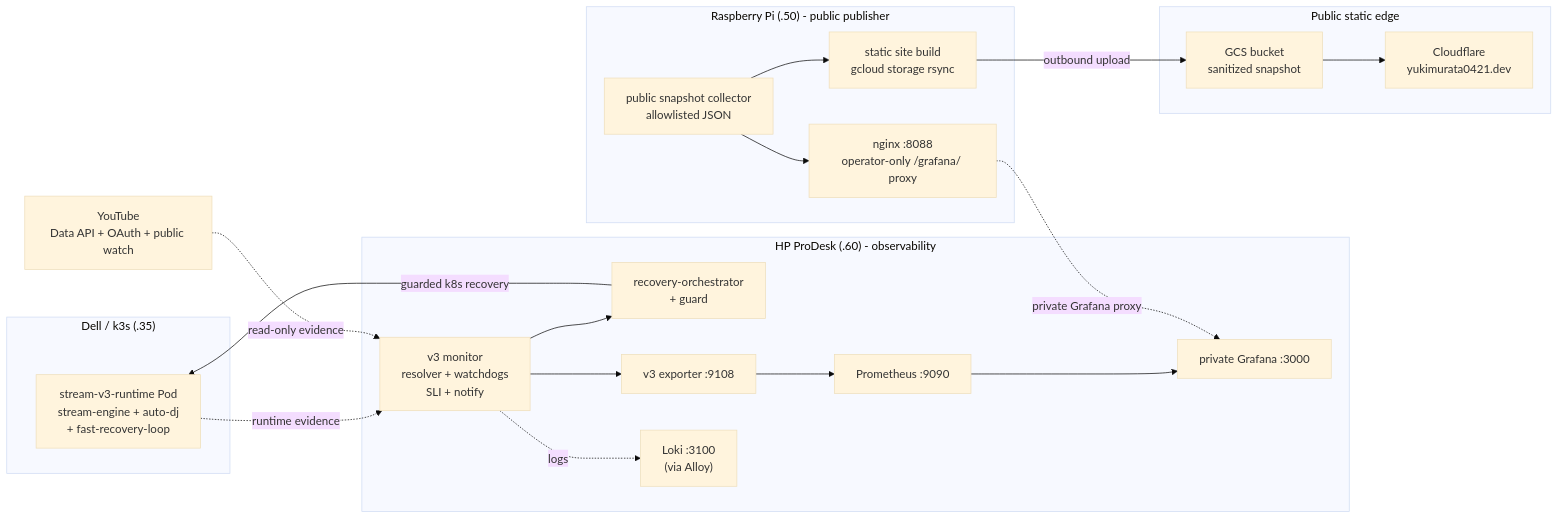
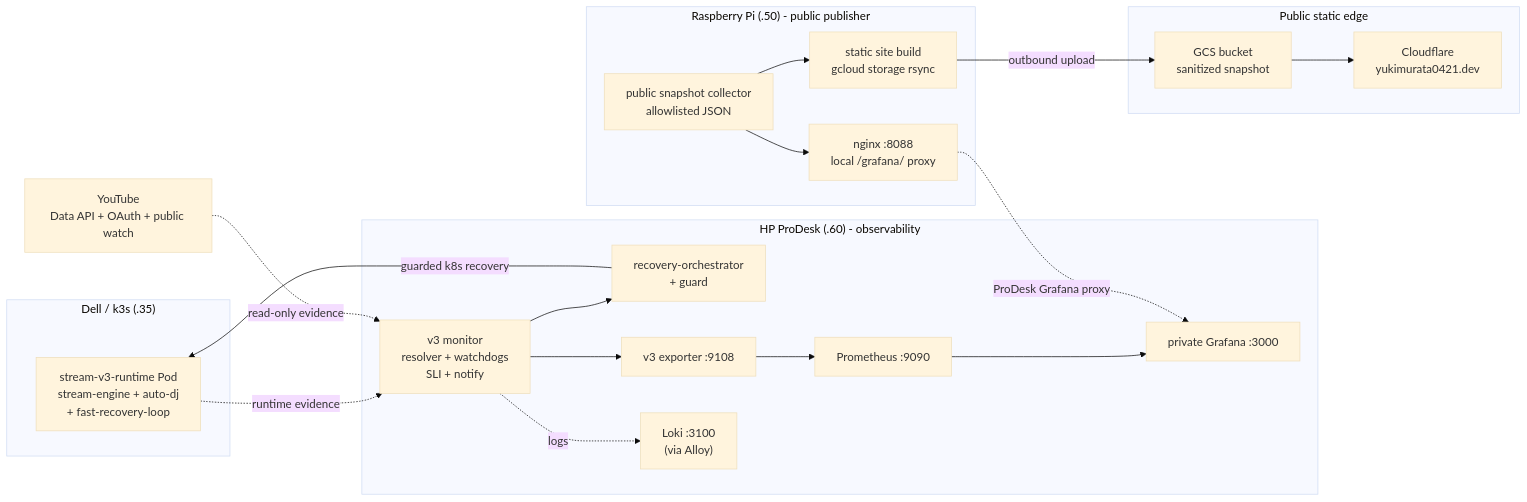
The second of 2 diagrams in README.md (yukimurata0421/live-stream-systems-case-study), drawn with Mermaid (base theme) before and after one commit. The commit also changed other lines of this file and 8 other files, not shown here.

````diff
--- a/README.md
+++ b/README.md
@@ -100,39 +100,39 @@
 ```mermaid
 flowchart LR
     subgraph DELL["Dell / k3s (.35)"]
         RUN["stream-v3-runtime Pod<br/>stream-engine + auto-dj<br/>+ fast-recovery-loop"]
     end
 
     subgraph PD["HP ProDesk (.60) - observability"]
         MON["v3 monitor<br/>resolver + watchdogs<br/>SLI + notify"]
         ORCH["recovery-orchestrator<br/>+ guard"]
         EXP["v3 exporter :9108"]
         PROM["Prometheus :9090"]
         LOKI["Loki :3100<br/>(via Alloy)"]
         GRAF["private Grafana :3000"]
     end
 
     subgraph RPI["Raspberry Pi (.50) - public publisher"]
-        NGINX["nginx :8088<br/>operator-only /grafana/ proxy"]
+        NGINX["nginx :8088<br/>local /grafana/ proxy"]
         COLL["public snapshot collector<br/>allowlisted JSON"]
         PUB["static site build<br/>gcloud storage rsync"]
     end
 
     subgraph EDGE["Public static edge"]
         GCS["GCS bucket<br/>sanitized snapshot"]
         CF["Cloudflare<br/>yukimurata0421.dev"]
     end
 
     YT["YouTube<br/>Data API + OAuth + public watch"]
 
     RUN -. runtime evidence .-> MON
     YT -. read-only evidence .-> MON
     MON --> ORCH
     ORCH -->|"guarded k8s recovery"| RUN
     MON --> EXP --> PROM --> GRAF
     MON -. logs .-> LOKI
     COLL --> NGINX
-    NGINX -. private Grafana proxy .-> GRAF
+    NGINX -. ProDesk Grafana proxy .-> GRAF
     COLL --> PUB
     PUB -->|"outbound upload"| GCS --> CF
 ```
````
